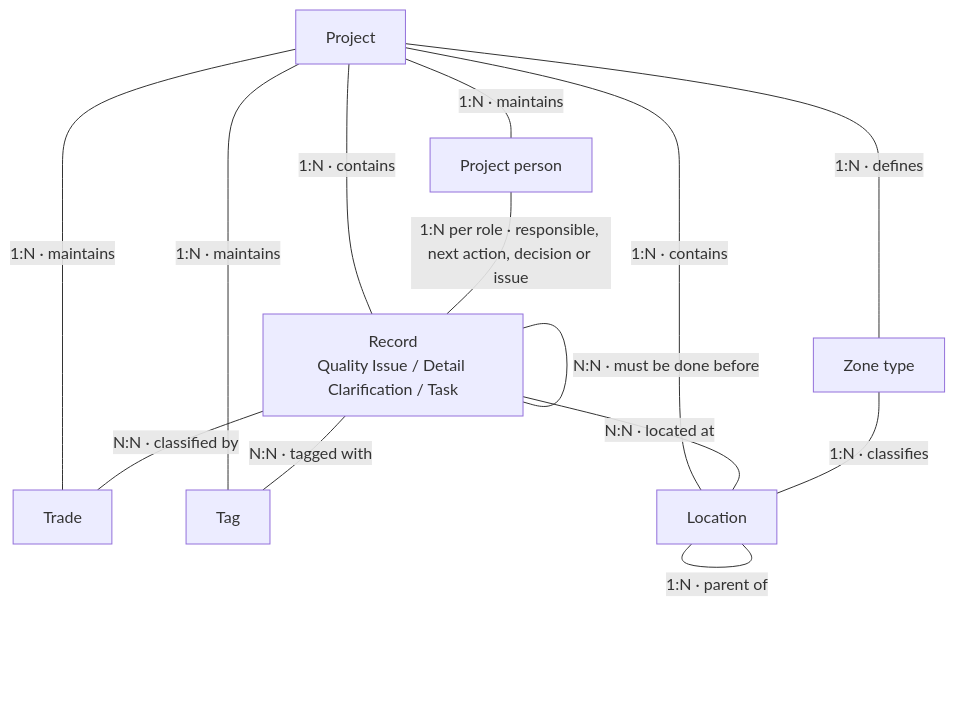
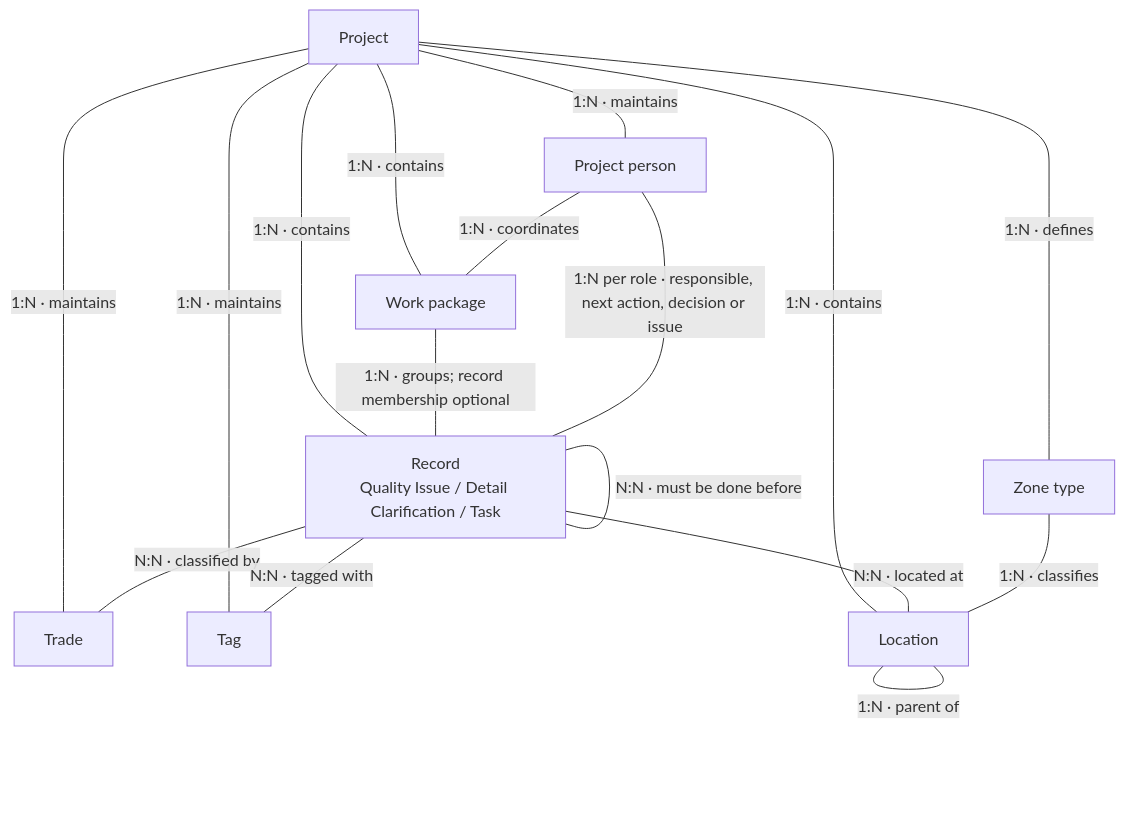
The first of 6 diagrams in docs/reference/data-model.md (concept303/builtbasis), drawn with Mermaid before and after one commit. The commit also changed other lines of this file and 9 other files, not shown here.

Commit message:
docs: reconcile work packages and record interface delivery

````diff
--- a/docs/reference/data-model.md
+++ b/docs/reference/data-model.md
@@ -17,16 +17,19 @@
 ```mermaid
 flowchart TB
     Project[Project] ---|"1:N · contains"| Record["Record<br/>Quality Issue / Detail Clarification / Task"]
+    Project ---|"1:N · contains"| Package[Work package]
+    Package ---|"1:N · groups; record membership optional"| Record
+    Person ---|"1:N · coordinates"| Package
     Project ---|"1:N · maintains"| Person[Project person]
     Project ---|"1:N · maintains"| Trade[Trade]
     Project ---|"1:N · maintains"| Tag[Tag]
     Project ---|"1:N · contains"| Location[Location]
     Project ---|"1:N · defines"| ZoneType[Zone type]
     Record ---|"N:N · classified by"| Trade
     Record ---|"N:N · tagged with"| Tag
     Record ---|"N:N · located at"| Location
     Person ---|"1:N per role · responsible, next action, decision or issue"| Record
     ZoneType ---|"1:N · classifies"| Location
     Location ---|"1:N · parent of"| Location
     Record ---|"N:N · must be done before"| Record
 ```
````
